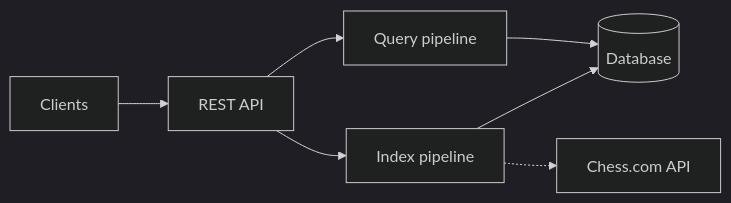
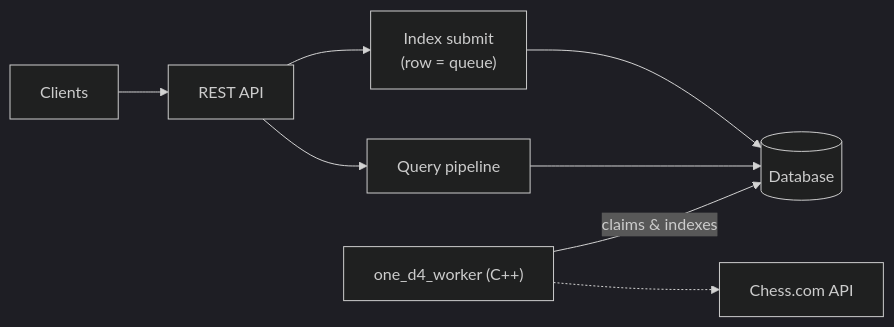
Before and after one commit to muchq/MoonBase: the first of 2 diagrams in domains/games/apis/one_d4/README.md, drawn with Mermaid (dark theme). The commit also changed other lines of this file and 103 other files, not shown here.

````diff
--- a/domains/games/apis/one_d4/README.md
+++ b/domains/games/apis/one_d4/README.md
@@ -9,9 +14,10 @@
 ```mermaid
 flowchart LR
   Client["Clients"] --> API["REST API"]
-  API --> Index["Index pipeline"]
+  API --> Submit["Index submit\n(row = queue)"]
   API --> Query["Query pipeline"]
-  Index --> DB[(Database)]
+  Submit --> DB[(Database)]
   Query --> DB
-  Index -.-> Chess["Chess.com API"]
+  Worker["one_d4_worker (C++)"] -->|claims & indexes| DB
+  Worker -.-> Chess["Chess.com API"]
 ```
````
